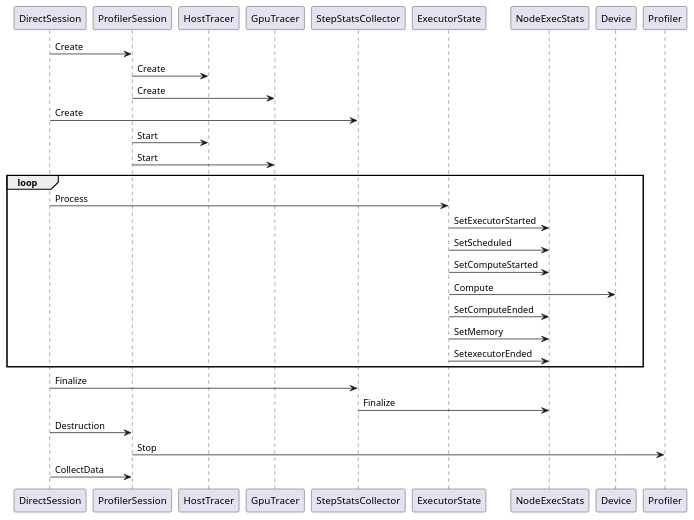
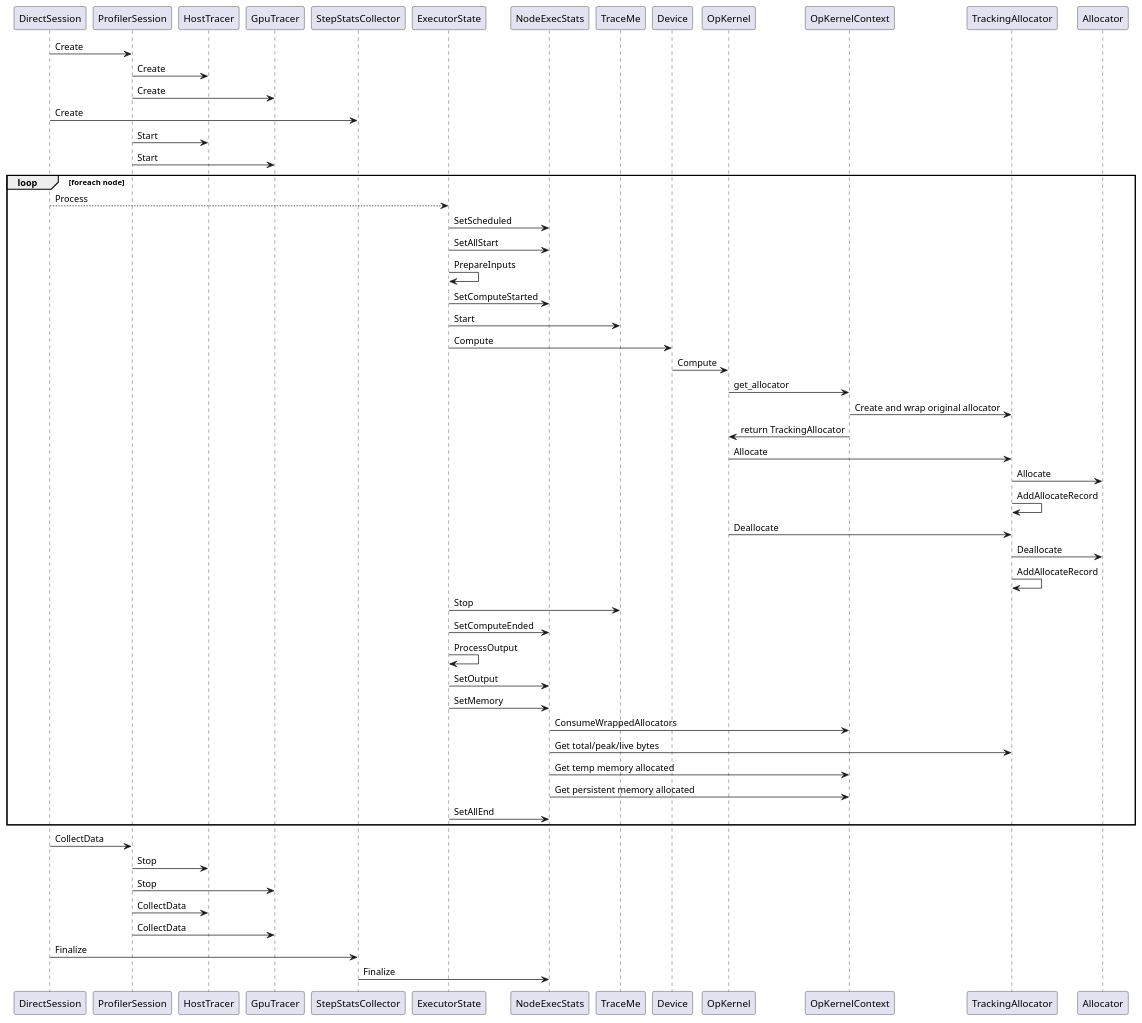
Before and after one commit to HermanYang/yangxy.me: the diagram in _includes/umls/tensorflow_profiler/tensorlfow-profiler-sequence.plantuml, drawn with PlantUML. The commit also changed 6 other files, not shown here.

```diff
--- a/_includes/umls/tensorflow_profiler/tensorlfow-profiler-sequence.plantuml
+++ b/_includes/umls/tensorflow_profiler/tensorlfow-profiler-sequence.plantuml
@@ -1,23 +1,44 @@
 @startuml
 DirectSession -> ProfilerSession: Create
 ProfilerSession -> HostTracer: Create
 ProfilerSession -> GpuTracer: Create
 DirectSession -> StepStatsCollector: Create
 ProfilerSession -> HostTracer: Start
 ProfilerSession -> GpuTracer: Start
-loop 
-DirectSession -> ExecutorState: Process
-ExecutorState -> NodeExecStats: SetExecutorStarted
+loop foreach node
+DirectSession --> ExecutorState: Process
 ExecutorState -> NodeExecStats: SetScheduled
+ExecutorState -> NodeExecStats: SetAllStart
+ExecutorState -> ExecutorState: PrepareInputs
 ExecutorState -> NodeExecStats: SetComputeStarted
+ExecutorState -> TraceMe: Start
 ExecutorState -> Device: Compute
+Device -> OpKernel: Compute
+OpKernel -> OpKernelContext: get_allocator
+OpKernelContext-> TrackingAllocator: Create and wrap original allocator
+OpKernel <- OpKernelContext: return TrackingAllocator
+OpKernel -> TrackingAllocator: Allocate
+TrackingAllocator -> Allocator: Allocate
+TrackingAllocator -> TrackingAllocator: AddAllocateRecord
+OpKernel -> TrackingAllocator: Deallocate
+TrackingAllocator -> Allocator: Deallocate
+TrackingAllocator -> TrackingAllocator: AddAllocateRecord
+ExecutorState -> TraceMe: Stop
 ExecutorState -> NodeExecStats: SetComputeEnded
+ExecutorState -> ExecutorState: ProcessOutput
+ExecutorState -> NodeExecStats: SetOutput
 ExecutorState -> NodeExecStats: SetMemory
-ExecutorState -> NodeExecStats: SetexecutorEnded
+NodeExecStats -> OpKernelContext: ConsumeWrappedAllocators
+NodeExecStats -> TrackingAllocator: Get total/peak/live bytes
+NodeExecStats -> OpKernelContext: Get temp memory allocated
+NodeExecStats -> OpKernelContext: Get persistent memory allocated
+ExecutorState -> NodeExecStats: SetAllEnd
 end
+DirectSession -> ProfilerSession: CollectData
+ProfilerSession -> HostTracer: Stop
+ProfilerSession -> GpuTracer: Stop
+ProfilerSession -> HostTracer: CollectData
+ProfilerSession -> GpuTracer: CollectData
 DirectSession -> StepStatsCollector: Finalize
 StepStatsCollector -> NodeExecStats: Finalize
-DirectSession -> ProfilerSession: Destruction
-ProfilerSession -> Profiler: Stop
-DirectSession -> ProfilerSession: CollectData
 @enduml
```
